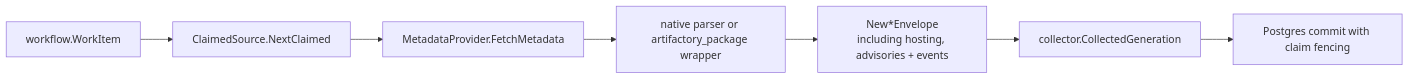
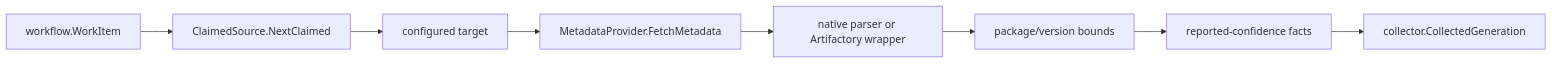
The diagram in go/internal/collector/packageregistry/packageruntime/README.md (eshu-hq/eshu), drawn with Mermaid before and after one commit. The commit also changed other lines of this file and 584 other files, not shown here.

Commit message:
Rework documentation information architecture

````diff
--- a/go/internal/collector/packageregistry/packageruntime/README.md
+++ b/go/internal/collector/packageregistry/packageruntime/README.md
@@ -14,9 +10,10 @@
 ```mermaid
 flowchart LR
-  A["workflow.WorkItem"] --> B["ClaimedSource.NextClaimed"]
-  B --> C["MetadataProvider.FetchMetadata"]
-  C --> D["native parser or artifactory_package wrapper"]
-  D --> E["New*Envelope\nincluding hosting, advisories + events"]
-  E --> F["collector.CollectedGeneration"]
-  F --> G["Postgres commit with claim fencing"]
+  Claim["workflow.WorkItem"] --> Source["ClaimedSource.NextClaimed"]
+  Source --> Target["configured target"]
+  Target --> Fetch["MetadataProvider.FetchMetadata"]
+  Fetch --> Parse["native parser or Artifactory wrapper"]
+  Parse --> Bounds["package/version bounds"]
+  Bounds --> Facts["reported-confidence facts"]
+  Facts --> Generation["collector.CollectedGeneration"]
 ```
````
